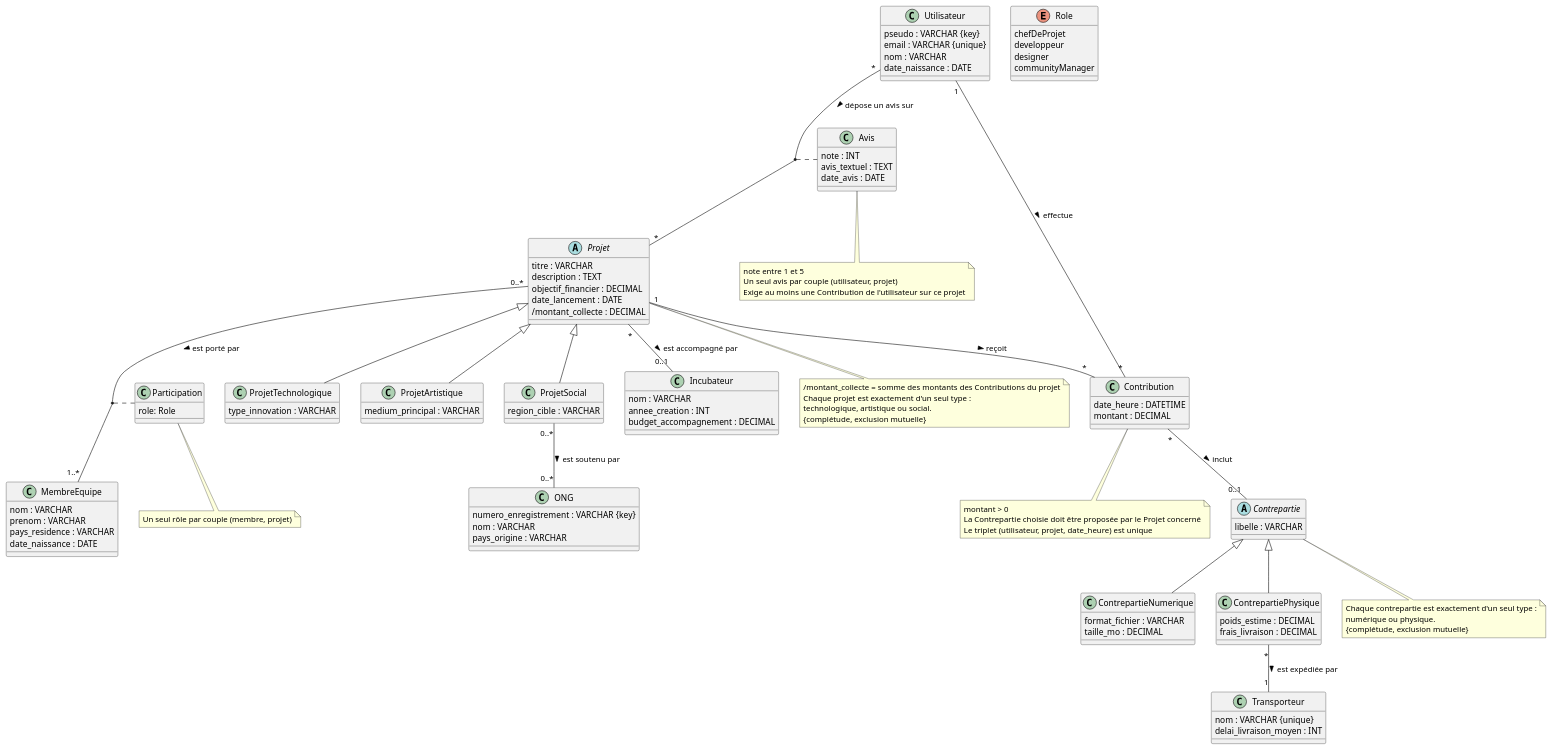
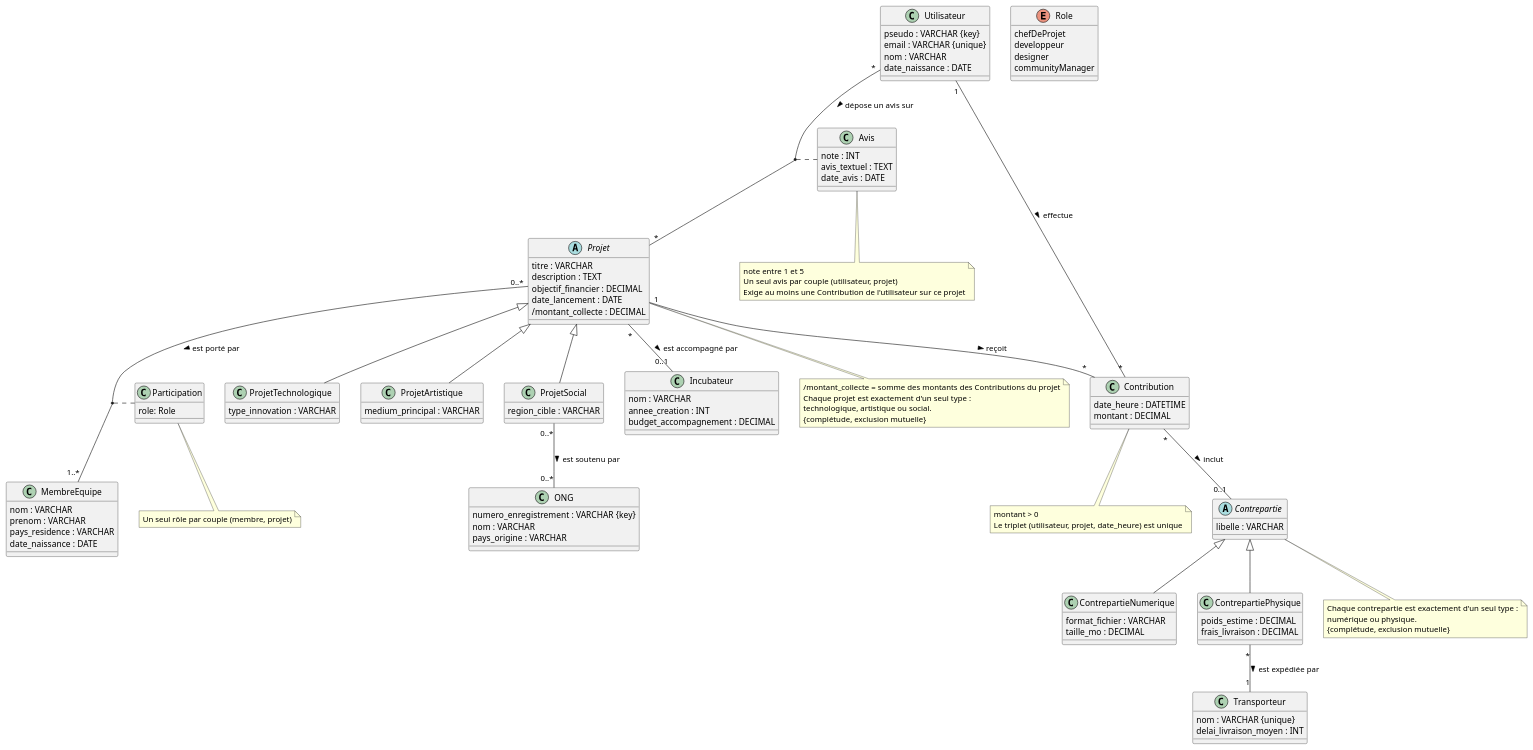
The diagram in MCD/MCD v2/MCDv2.puml (jaimegomesparente/nf18), drawn with PlantUML before and after one commit.

```diff
--- a/MCD/MCD v2/MCDv2.puml
+++ b/MCD/MCD v2/MCDv2.puml
@@ -1,125 +1,124 @@
 @startuml
 
 abstract class Projet {
   titre : VARCHAR
   description : TEXT
   objectif_financier : DECIMAL
   date_lancement : DATE
   /montant_collecte : DECIMAL
 }
 class ProjetTechnologique {
   type_innovation : VARCHAR
 }
 class ProjetArtistique {
   medium_principal : VARCHAR
 }
 class ProjetSocial {
   region_cible : VARCHAR
 }
 Projet <|-- ProjetTechnologique
 Projet <|-- ProjetArtistique
 Projet <|-- ProjetSocial
 
 class Incubateur {
   nom : VARCHAR
   annee_creation : INT
   budget_accompagnement : DECIMAL
 }
 class ONG {
   numero_enregistrement : VARCHAR {key}
   nom : VARCHAR
   pays_origine : VARCHAR
 }
 class MembreEquipe {
   nom : VARCHAR
   prenom : VARCHAR
   pays_residence : VARCHAR
   date_naissance : DATE
 }
 enum Role {
   chefDeProjet
   developpeur
   designer
   communityManager
 }
 class Participation {
   role: Role
 }
 
 class Utilisateur {
   pseudo : VARCHAR {key}
   email : VARCHAR {unique}
   nom : VARCHAR
   date_naissance : DATE
 }
 class Contribution {
   date_heure : DATETIME
   montant : DECIMAL
 }
 class Avis {
   note : INT
   avis_textuel : TEXT
   date_avis : DATE
 }
 
 abstract class Contrepartie {
   libelle : VARCHAR
 }
 class ContrepartieNumerique {
   format_fichier : VARCHAR
   taille_mo : DECIMAL
 }
 class ContrepartiePhysique {
   poids_estime : DECIMAL
   frais_livraison : DECIMAL
 }
 class Transporteur {
   nom : VARCHAR {unique}
   delai_livraison_moyen : INT
 }
 Contrepartie <|-- ContrepartieNumerique
 Contrepartie <|-- ContrepartiePhysique
 
 ' Associations
 Projet "*" -- "0..1" Incubateur : est accompagné par >
 Projet "0..*" -- "1..*" MembreEquipe : est porté par >
 (Projet, MembreEquipe) .. Participation
 ProjetSocial "0..*" -- "0..*" ONG : est soutenu par >
 Projet "1" -- "*" Contribution : reçoit >
 Utilisateur "1" -- "*" Contribution : effectue >
 Contribution "*" -- "0..1" Contrepartie : inclut >
 ContrepartiePhysique "*" -- "1" Transporteur : est expédiée par >
 Utilisateur "*" -- "*" Projet : dépose un avis sur >
 (Utilisateur, Projet) .. Avis
 
 ' Contraintes
 note bottom of Projet
   /montant_collecte = somme des montants des Contributions du projet
   Chaque projet est exactement d'un seul type :
   technologique, artistique ou social.
   {complétude, exclusion mutuelle}
 end note
 
 note bottom of Contrepartie
   Chaque contrepartie est exactement d'un seul type :
   numérique ou physique.
   {complétude, exclusion mutuelle}
 end note
 
 note bottom of Avis
   note entre 1 et 5
   Un seul avis par couple (utilisateur, projet)
   Exige au moins une Contribution de l'utilisateur sur ce projet
 end note
 
 note bottom of Contribution
   montant > 0
-  La Contrepartie choisie doit être proposée par le Projet concerné
   Le triplet (utilisateur, projet, date_heure) est unique
 end note
 
 note bottom of Participation
   Un seul rôle par couple (membre, projet)
 end note
 
 @enduml
```
